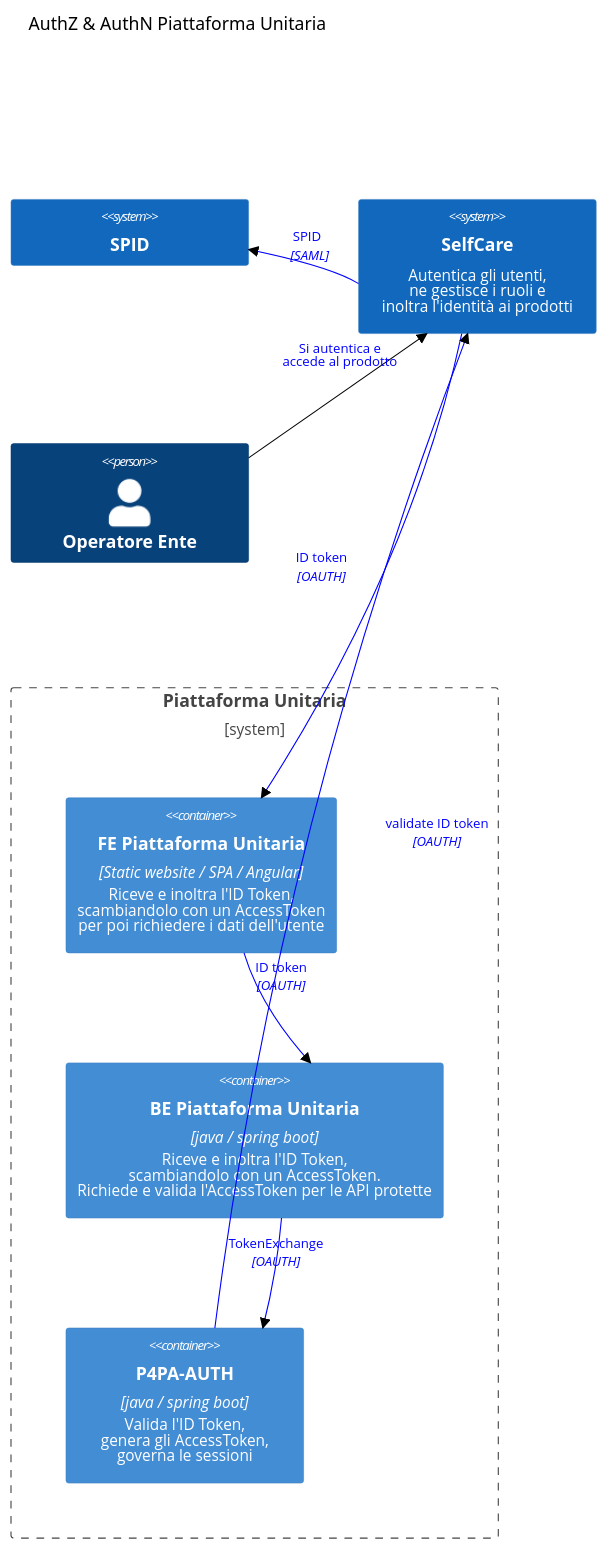
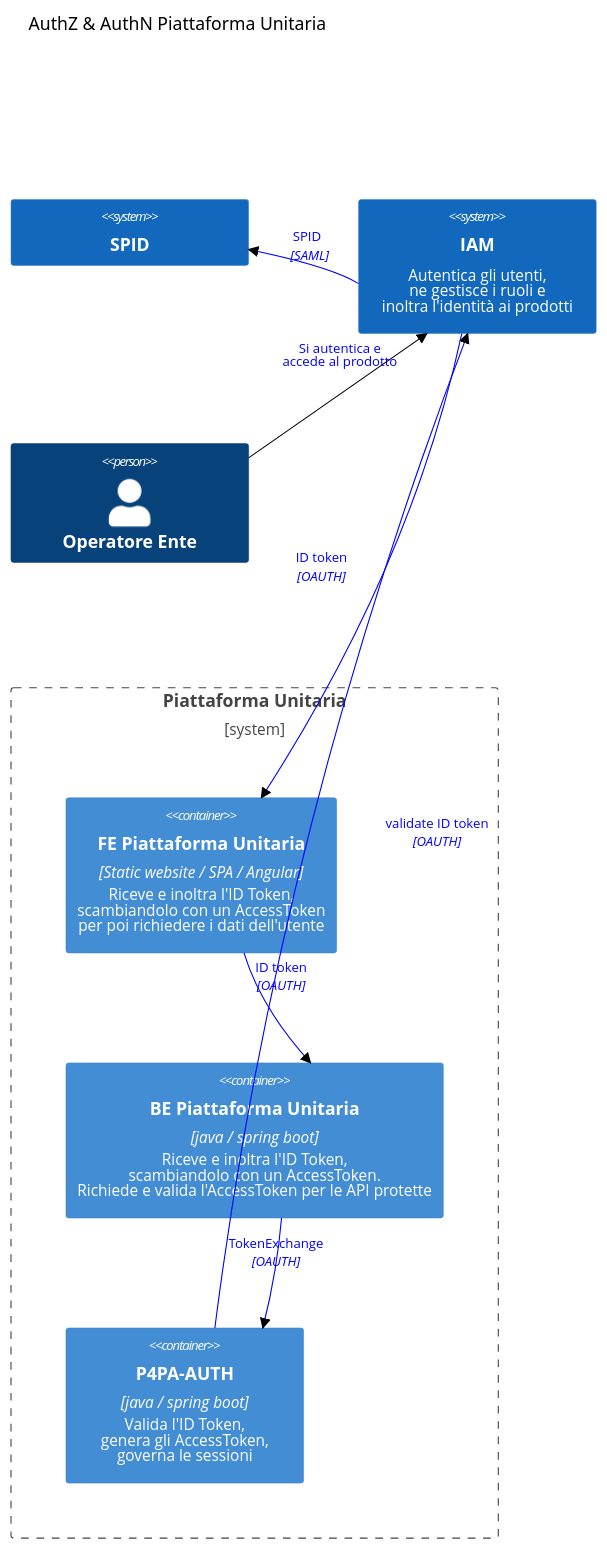
The diagram in design/auth/container.mmd (pagopa/p4pa-doc), drawn with Mermaid (neutral theme) before and after one commit. The commit also changed 1 other file, not shown here.

Commit message:
generalized auth diagrams (#7)

```diff
--- a/design/auth/container.mmd
+++ b/design/auth/container.mmd
@@ -1,34 +1,34 @@
 C4Container
     title AuthZ & AuthN Piattaforma Unitaria
 
     UpdateLayoutConfig($c4ShapeInRow="3", $c4BoundaryInRow="2")
 
 
     System(spid, "SPID")
-    System(sc, "SelfCare", "Autentica gli utenti,<BR/>ne gestisce i ruoli e<BR/>inoltra l'identità ai prodotti")
+    System(sc, "IAM", "Autentica gli utenti,<BR/>ne gestisce i ruoli e<BR/>inoltra l'identità ai prodotti")
     Person(usr_ope, "Operatore Ente")
 
 
     Boundary(pu, "Piattaforma Unitaria") {
         Container(pu_app_fe, "FE Piattaforma Unitaria", "Static website / SPA / Angular", "Riceve e inoltra l'ID Token,<BR />scambiandolo con un AccessToken<BR />per poi richiedere i dati dell'utente")
         Container(pu_app_be, "BE Piattaforma Unitaria", "java / spring boot", "Riceve e inoltra l'ID Token,<BR />scambiandolo con un AccessToken.<BR />Richiede e valida l'AccessToken per le API protette")
         Container(pu_iam, "P4PA-AUTH", "java / spring boot", "Valida l'ID Token,<BR />genera gli AccessToken,<BR />governa le sessioni")
     }
 
     Rel(usr_ope, sc, "Si autentica e<BR/>accede al prodotto")
     UpdateRelStyle(usr_ope, sc, $textColor="blue", $lineColor="black", $offsetX="-50", $offsetY="-40")
 
     Rel(sc, spid, "SPID", "SAML")
     UpdateRelStyle(sc, spid, $textColor="blue", $lineColor="blue", $offsetX="-10", $offsetY="-30")
 
     Rel(sc, pu_app_fe, "ID token", "OAUTH")
     UpdateRelStyle(sc, pu_app_fe, $textColor="blue", $lineColor="blue", $offsetX="-60", $offsetY="-10")
 
     Rel(pu_app_fe, pu_app_be, "ID token", "OAUTH")
     UpdateRelStyle(pu_app_fe, pu_app_be, $textColor="blue", $lineColor="blue", $offsetX="-20", $offsetY="-40")
 
     Rel(pu_iam, sc, "validate ID token", "OAUTH")
     UpdateRelStyle(pu_iam, sc, $textColor="blue", $lineColor="blue", $offsetX="40", $offsetY="-10")
 
     Rel(pu_app_be, pu_iam, "TokenExchange", "OAUTH")
     UpdateRelStyle(pu_app_be, pu_iam, $textColor="blue", $lineColor="blue", $offsetX="-40", $offsetY="-30")
```
